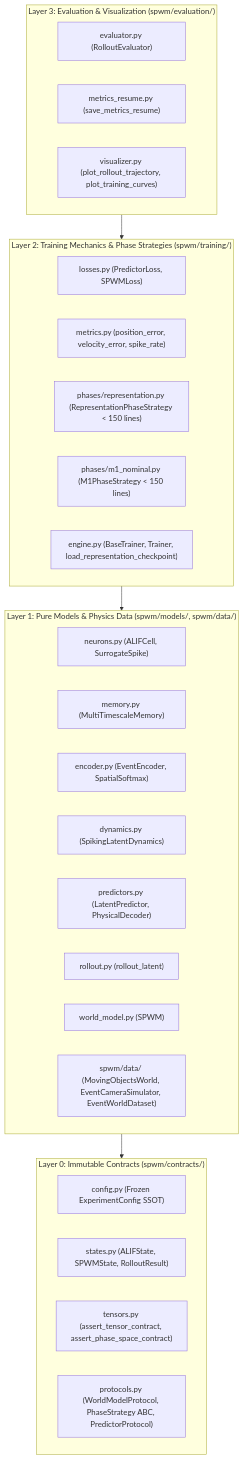
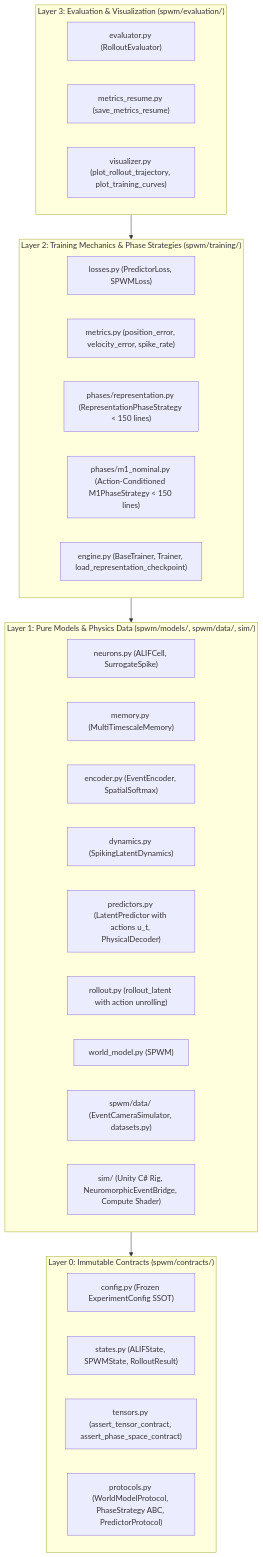
One commit to Mattia-Maiorano/Spiking-Neural_Novelty changed the diagram in docs/Architecture.md. Above: the diagram before and after it, drawn with Mermaid. The commit also changed other lines of this file and 5 other files, not shown here.

````diff
--- a/docs/Architecture.md
+++ b/docs/Architecture.md
@@ -19,38 +19,39 @@
 ```mermaid
 flowchart TD
     subgraph L0["Layer 0: Immutable Contracts (spwm/contracts/)"]
         C_CFG["config.py (Frozen ExperimentConfig SSOT)"]
         C_ST["states.py (ALIFState, SPWMState, RolloutResult)"]
         C_TN["tensors.py (assert_tensor_contract, assert_phase_space_contract)"]
         C_PR["protocols.py (WorldModelProtocol, PhaseStrategy ABC, PredictorProtocol)"]
     end
 
-    subgraph L1["Layer 1: Pure Models & Physics Data (spwm/models/, spwm/data/)"]
+    subgraph L1["Layer 1: Pure Models & Physics Data (spwm/models/, spwm/data/, sim/)"]
         M_NEU["neurons.py (ALIFCell, SurrogateSpike)"]
         M_MEM["memory.py (MultiTimescaleMemory)"]
         M_ENC["encoder.py (EventEncoder, SpatialSoftmax)"]
         M_DYN["dynamics.py (SpikingLatentDynamics)"]
-        M_PRD["predictors.py (LatentPredictor, PhysicalDecoder)"]
-        M_ROL["rollout.py (rollout_latent)"]
+        M_PRD["predictors.py (LatentPredictor with actions u_t, PhysicalDecoder)"]
+        M_ROL["rollout.py (rollout_latent with action unrolling)"]
         M_WM["world_model.py (SPWM)"]
-        D_DAT["spwm/data/ (MovingObjectsWorld, EventCameraSimulator, EventWorldDataset)"]
+        D_DAT["spwm/data/ (EventCameraSimulator, datasets.py)"]
+        D_SIM["sim/ (Unity C# Rig, NeuromorphicEventBridge, Compute Shader)"]
     end
 
     subgraph L2["Layer 2: Training Mechanics & Phase Strategies (spwm/training/)"]
         T_LOS["losses.py (PredictorLoss, SPWMLoss)"]
         T_MET["metrics.py (position_error, velocity_error, spike_rate)"]
         T_REP["phases/representation.py (RepresentationPhaseStrategy < 150 lines)"]
-        T_M1["phases/m1_nominal.py (M1PhaseStrategy < 150 lines)"]
+        T_M1["phases/m1_nominal.py (Action-Conditioned M1PhaseStrategy < 150 lines)"]
         T_ENG["engine.py (BaseTrainer, Trainer, load_representation_checkpoint)"]
     end
 
     subgraph L3["Layer 3: Evaluation & Visualization (spwm/evaluation/)"]
         E_EVL["evaluator.py (RolloutEvaluator)"]
         E_RES["metrics_resume.py (save_metrics_resume)"]
         E_VIS["visualizer.py (plot_rollout_trajectory, plot_training_curves)"]
     end
 
     L3 --> L2
     L2 --> L1
     L1 --> L0
 ```
````
